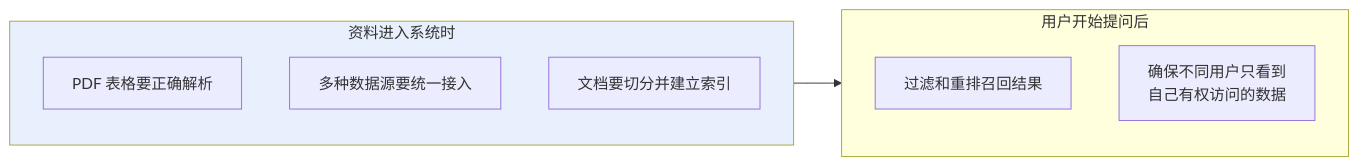
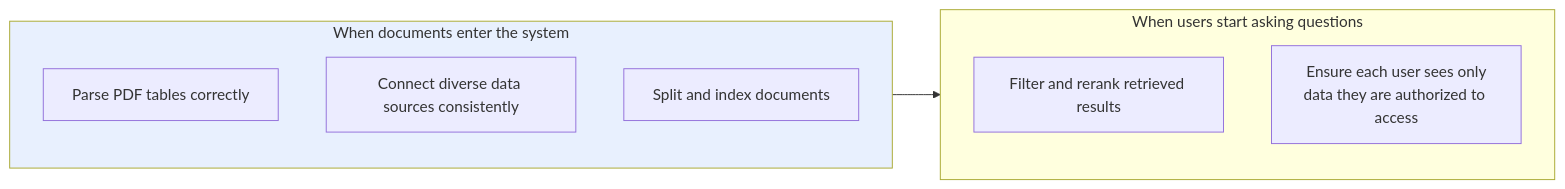
The second of 4 diagrams in docs/frameworks/01-langchain/01-foundations/01-agent-frameworks.md (oneleaveknowsthefall/awesome-ai-roadmap), drawn with Mermaid before and after one commit. The commit also changed other lines of this file and 70 other files, not shown here.

````diff
--- a/docs/frameworks/01-langchain/01-foundations/01-agent-frameworks.md
+++ b/docs/frameworks/01-langchain/01-foundations/01-agent-frameworks.md
@@ -81,15 +81,15 @@
 ```mermaid
 flowchart LR
-    subgraph IN["资料进入系统时"]
-        I1["PDF 表格要正确解析"]
-        I2["多种数据源要统一接入"]
-        I3["文档要切分并建立索引"]
+    subgraph IN["When documents enter the system"]
+        I1["Parse PDF tables correctly"]
+        I2["Connect diverse data sources consistently"]
+        I3["Split and index documents"]
     end
-    subgraph Q["用户开始提问后"]
-        Q1["过滤和重排召回结果"]
-        Q2["确保不同用户只看到<br/>自己有权访问的数据"]
+    subgraph Q["When users start asking questions"]
+        Q1["Filter and rerank retrieved results"]
+        Q2["Ensure each user sees only<br/>data they are authorized to access"]
     end
     IN --> Q
 
     style IN fill:#e8f0fe
 ```
````
